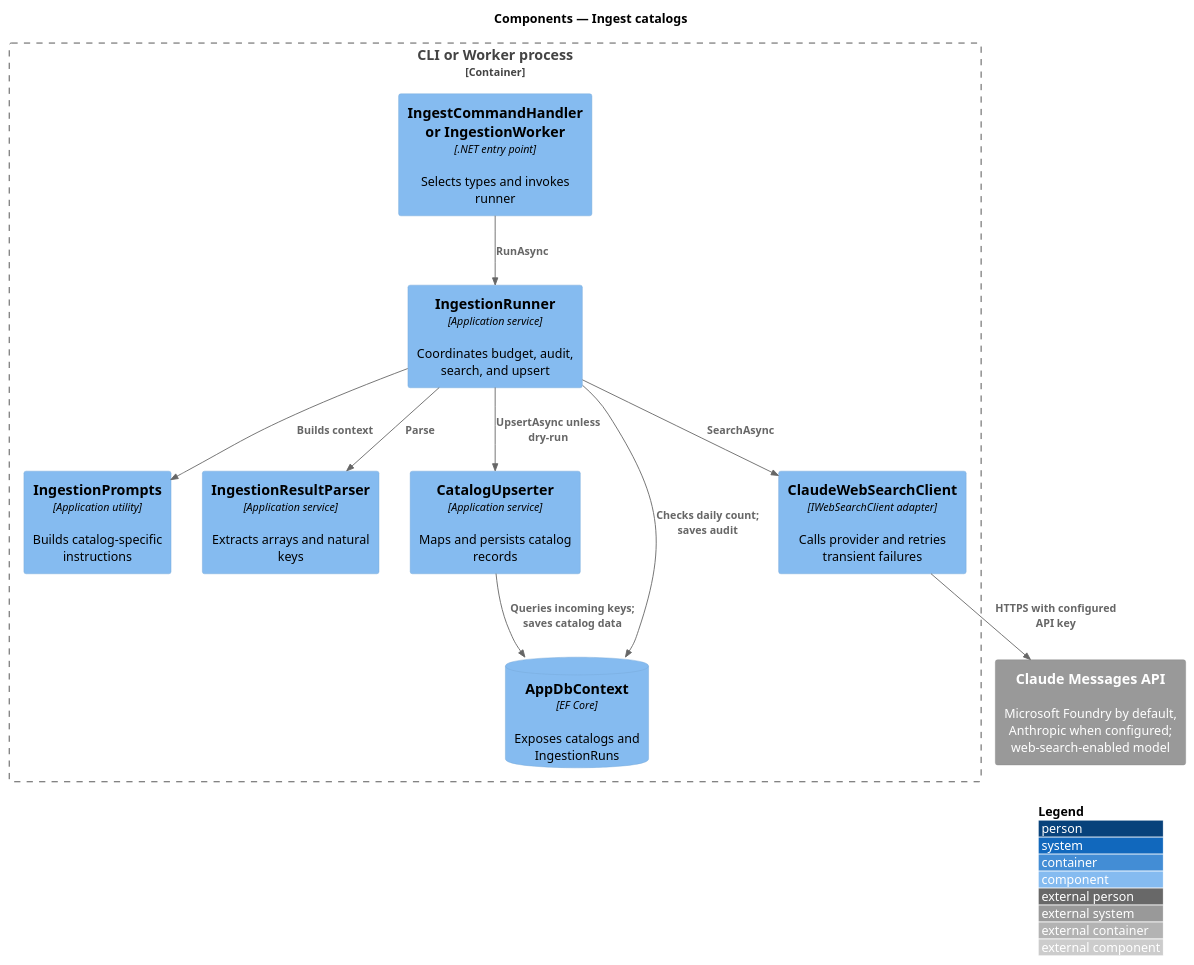
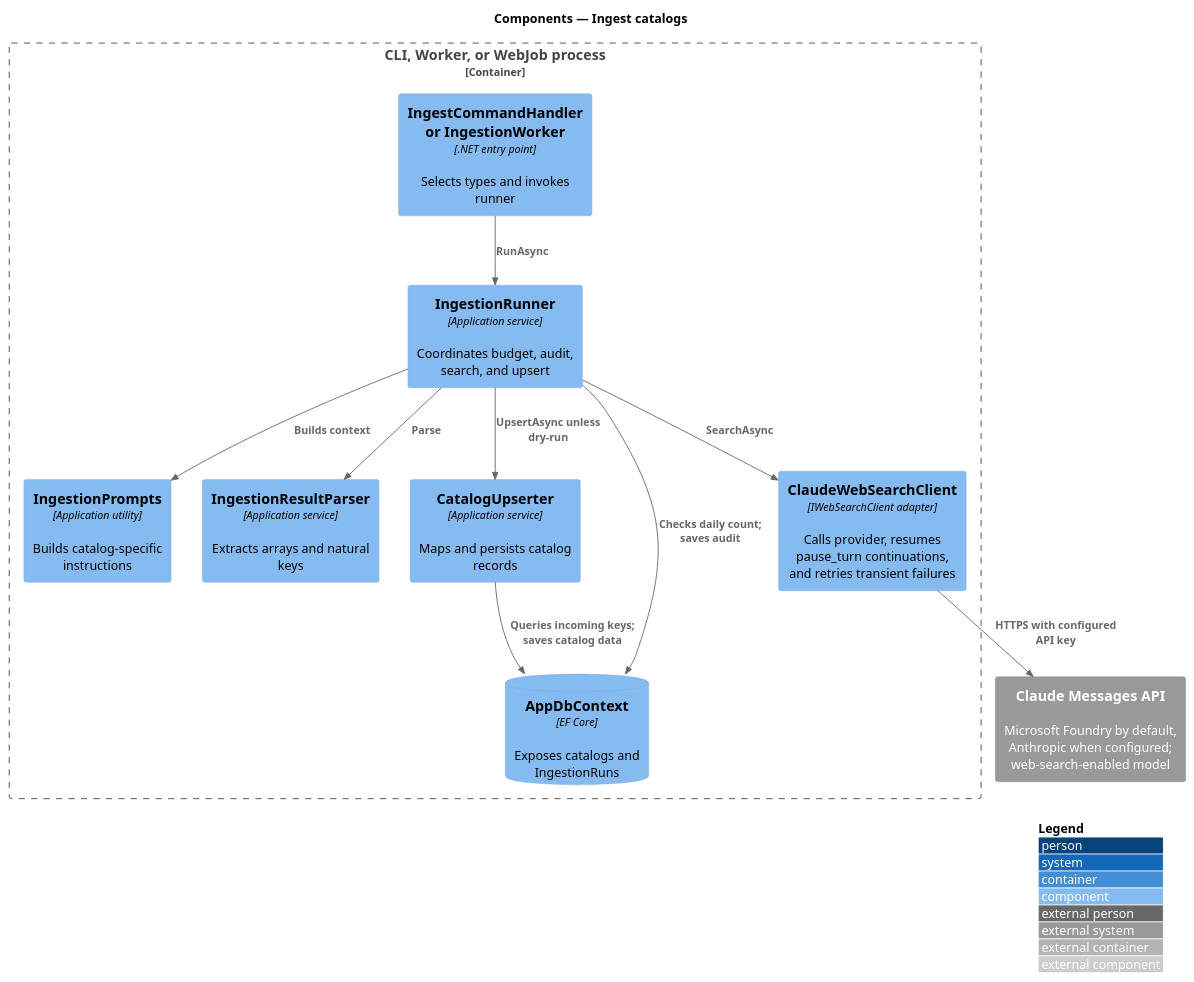
Before and after one commit to QuinntyneBrown/saturdaze: the diagram in docs/detailed-designs/discovery/ingest-catalogs/diagrams/c4-component.puml, drawn with PlantUML. The commit also changed other lines of this file and 9 other files, not shown here.

First line of the commit message:
Resume Claude web searches across `pause_turn` responses during ingestion (#12)

```diff
--- a/docs/detailed-designs/discovery/ingest-catalogs/diagrams/c4-component.puml
+++ b/docs/detailed-designs/discovery/ingest-catalogs/diagrams/c4-component.puml
@@ -1,23 +1,23 @@
 @startuml
 !include <C4/C4_Component>
 LAYOUT_WITH_LEGEND()
 title Components — Ingest catalogs
-Container_Boundary(host, "CLI or Worker process") {
+Container_Boundary(host, "CLI, Worker, or WebJob process") {
  Component(entry, "IngestCommandHandler or IngestionWorker", ".NET entry point", "Selects types and invokes runner")
  Component(runner, "IngestionRunner", "Application service", "Coordinates budget, audit, search, and upsert")
  Component(prompts, "IngestionPrompts", "Application utility", "Builds catalog-specific instructions")
  Component(parser, "IngestionResultParser", "Application service", "Extracts arrays and natural keys")
  Component(upserter, "CatalogUpserter", "Application service", "Maps and persists catalog records")
- Component(client, "ClaudeWebSearchClient", "IWebSearchClient adapter", "Calls provider and retries transient failures")
+ Component(client, "ClaudeWebSearchClient", "IWebSearchClient adapter", "Calls provider, resumes pause_turn continuations, and retries transient failures")
  ComponentDb(db, "AppDbContext", "EF Core", "Exposes catalogs and IngestionRuns")
 }
 System_Ext(provider, "Claude Messages API", "Microsoft Foundry by default, Anthropic when configured; web-search-enabled model")
 Rel(entry, runner, "RunAsync")
 Rel(runner, prompts, "Builds context")
 Rel(runner, db, "Checks daily count; saves audit")
 Rel(runner, client, "SearchAsync")
 Rel(client, provider, "HTTPS with configured API key")
 Rel(runner, parser, "Parse")
 Rel(runner, upserter, "UpsertAsync unless dry-run")
 Rel(upserter, db, "Queries incoming keys; saves catalog data")
 @enduml
```
